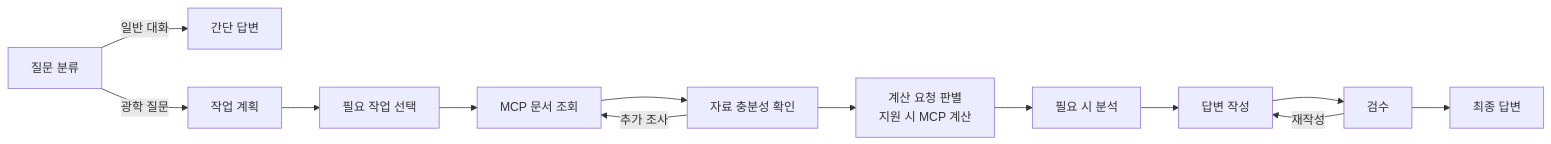
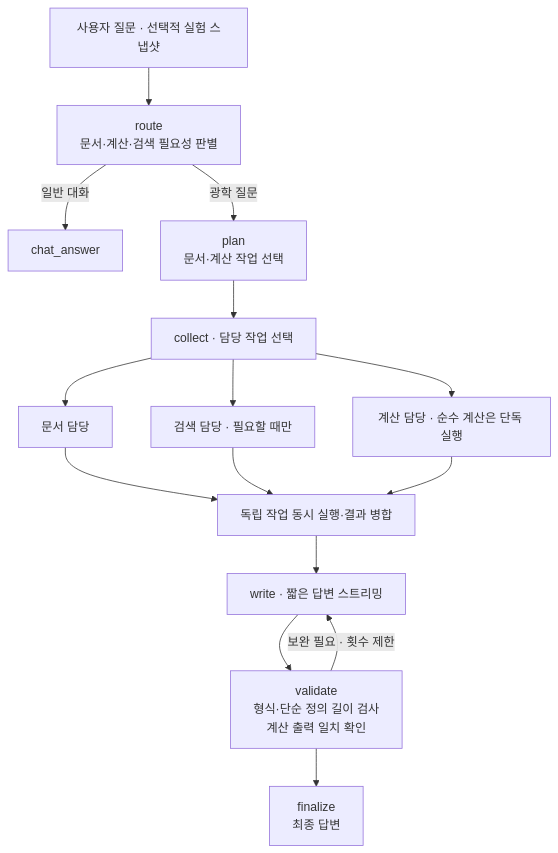
One commit to Yoonjin-Ko/Optics-Lab-Assistant changed the third of 3 diagrams in doc/README.md. Above: the diagram before and after it, drawn with Mermaid. The commit also changed other lines of this file and 120 other files, not shown here.

````diff
--- a/doc/README.md
+++ b/doc/README.md
@@ -62,15 +149,17 @@
 ```mermaid
-flowchart LR
-    Route["질문 분류"] -->|"일반 대화"| Simple["간단 답변"]
-    Route -->|"광학 질문"| Plan["작업 계획"]
-    Plan --> Gate["필요 작업 선택"]
-    Gate --> Research["MCP 문서 조회"]
-    Research --> Check["자료 충분성 확인"]
-    Check -->|"추가 조사"| Research
-    Check --> Calc["계산 요청 판별<br/>지원 시 MCP 계산"]
-    Calc --> Analysis["필요 시 분석"]
-    Analysis --> Write["답변 작성"]
-    Write --> Validate["검수"]
-    Validate -->|"재작성"| Write
-    Validate --> Final["최종 답변"]
+flowchart TD
+    Question["사용자 질문 · 선택적 실험 스냅샷"] --> Route["route<br/>문서·계산·검색 필요성 판별"]
+    Route -->|"일반 대화"| Chat["chat_answer"]
+    Route -->|"광학 질문"| Plan["plan<br/>문서·계산 작업 선택"]
+    Plan --> Collect["collect · 담당 작업 선택"]
+    Collect --> DocsWorker["문서 담당"]
+    Collect --> SearchWorker["검색 담당 · 필요할 때만"]
+    DocsWorker --> Join["독립 작업 동시 실행·결과 병합"]
+    SearchWorker --> Join
+    Collect --> CalcWorker["계산 담당 · 순수 계산은 단독 실행"]
+    CalcWorker --> Join
+    Join --> Write["write · 짧은 답변 스트리밍"]
+    Write --> Validate["validate<br/>형식·단순 정의 길이 검사<br/>계산 출력 일치 확인"]
+    Validate -->|"보완 필요 · 횟수 제한"| Write
+    Validate --> Final["finalize<br/>최종 답변"]
 ```
````
